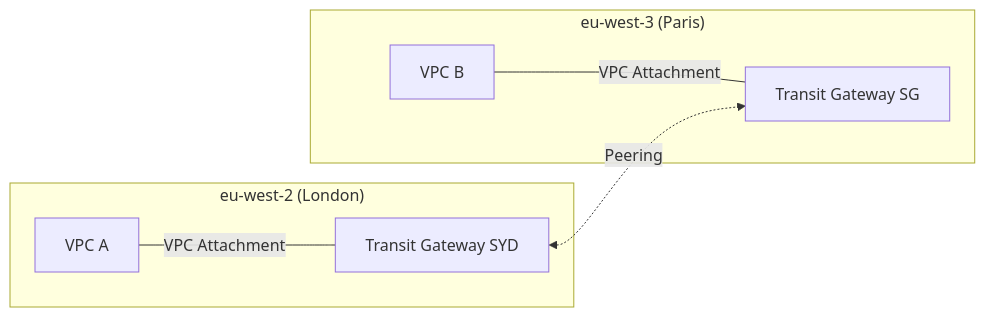
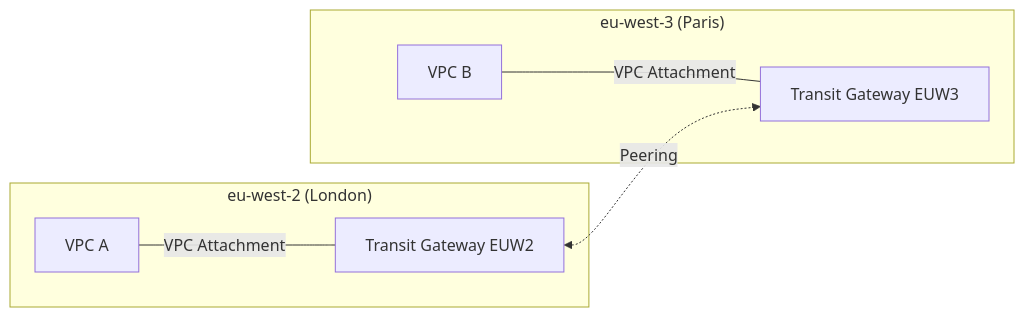
The diagram in README.md (mattenarle10/tgw-poc), drawn with Mermaid before and after one commit. The commit also changed other lines of this file, not shown here.

Commit message:
docs: update README for EU regions, correct diagram labels, note successful apply and outputs

````diff
--- a/README.md
+++ b/README.md
@@ -14,16 +14,16 @@
 ```mermaid
 flowchart LR
   subgraph EUW2["eu-west-2 (London)"]
     A[VPC A]
-    TGW1[Transit Gateway SYD]
+    TGW1[Transit Gateway EUW2]
     A ---|VPC Attachment| TGW1
   end
 
   subgraph EUW3["eu-west-3 (Paris)"]
     B[VPC B]
-    TGW2[Transit Gateway SG]
+    TGW2[Transit Gateway EUW3]
     B ---|VPC Attachment| TGW2
   end
 
   TGW1 <-. Peering .-> TGW2
 ```
````
